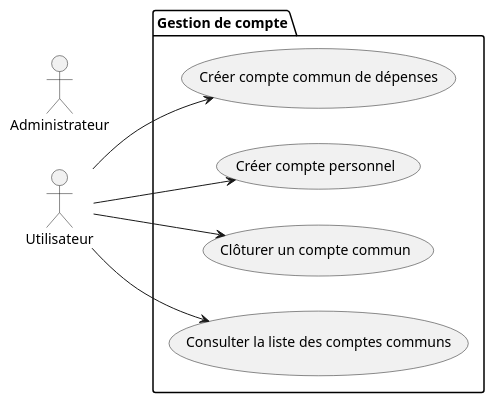
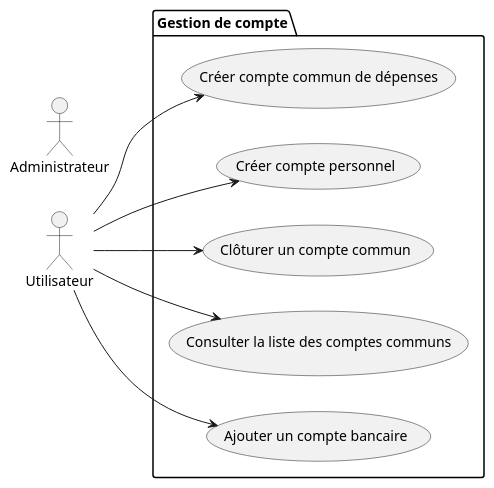
One commit to lmtb06/sharecount changed the diagram in diagrammes/specification/cas-utilisation-package-gestiondecompte.puml. Above: the diagram before and after it, drawn with PlantUML. The commit also changed 5 other files, not shown here.

Commit message:
cas-utilisation-packages(4) - update; cas-utilisation - delete;

```diff
--- a/diagrammes/specification/cas-utilisation-package-gestiondecompte.puml
+++ b/diagrammes/specification/cas-utilisation-package-gestiondecompte.puml
@@ -1,21 +1,23 @@
-@startuml
+@startuml Cas utilisation - Gestion de compte
 left to right direction
 
 actor "Utilisateur" as User
 
 actor "Administrateur" as Admin
 
 package "Gestion de compte"{
 	usecase "Créer compte commun de dépenses" as cccd
 	usecase "Créer compte personnel" as ccp
 	usecase "Clôturer un compte commun" as ccc
 	usecase "Consulter la liste des comptes communs" as clcc
+	usecase "Ajouter un compte bancaire" as acb
 
 }
 
 User --> cccd
 User --> ccp
 User --> ccc
 User --> clcc
+User --> acb
 
 @enduml
```
